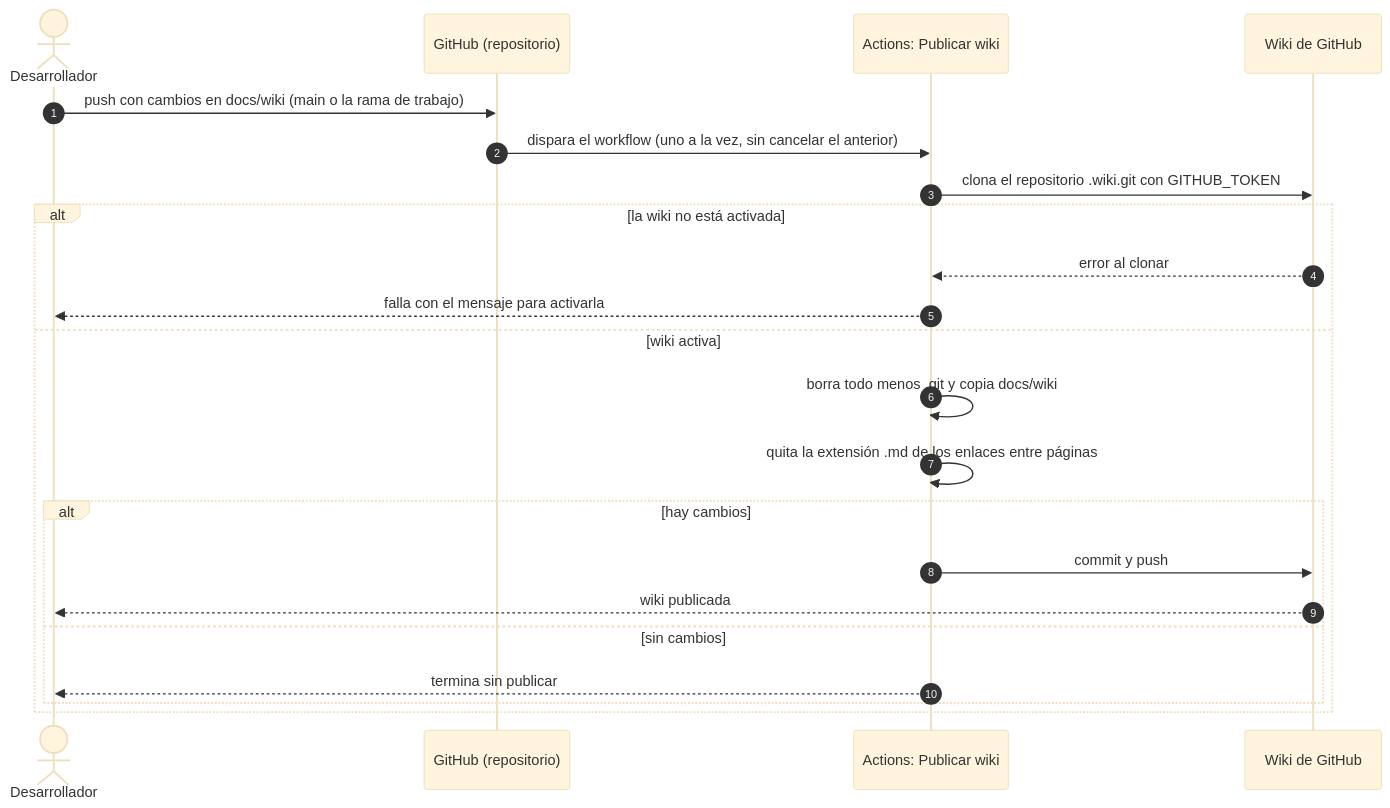
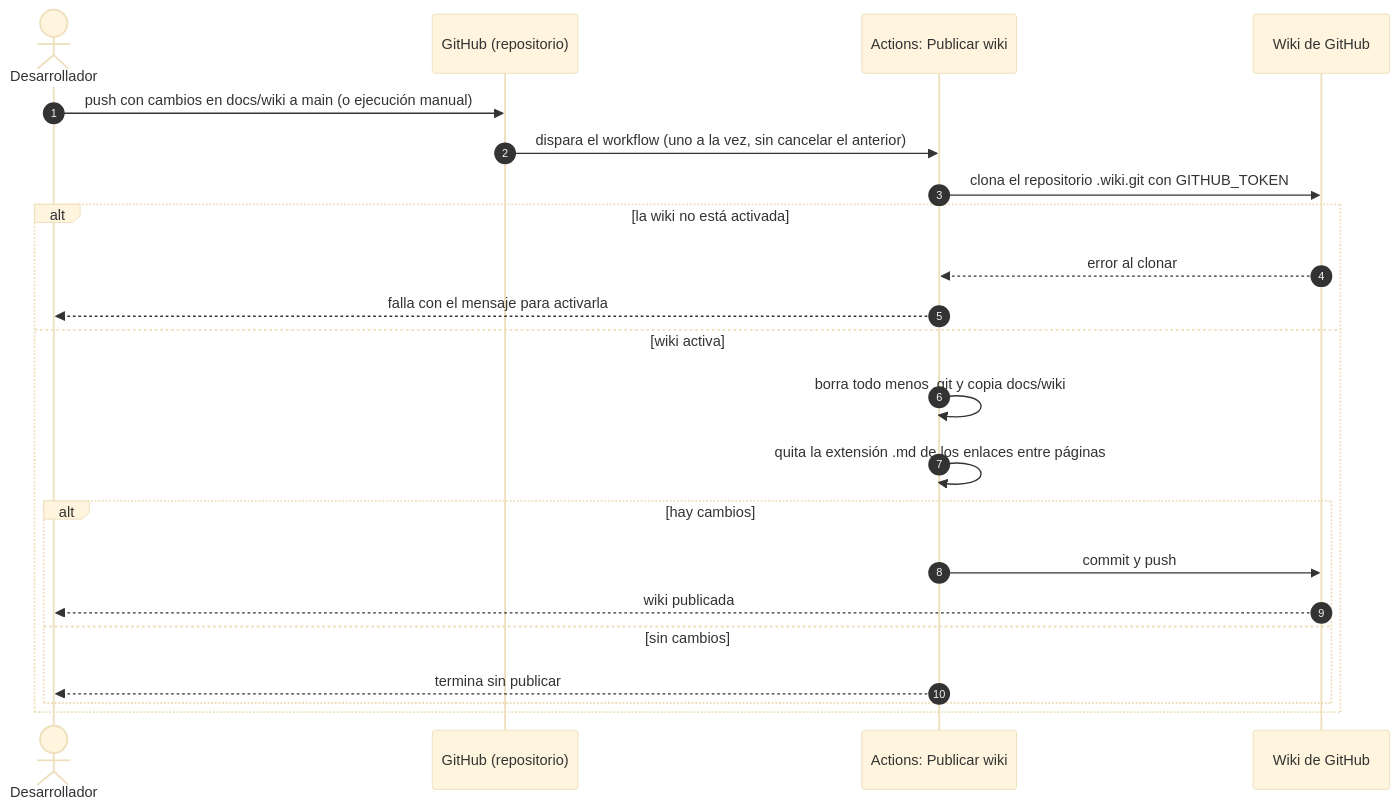
Before and after one commit to ronalc90/koptup: the seventh of 8 diagrams in docs/wiki/Doc-11-Operacion-y-Despliegue.md, drawn with Mermaid (base theme). The commit also changed other lines of this file and 245 other files, not shown here.

````diff
--- a/docs/wiki/Doc-11-Operacion-y-Despliegue.md
+++ b/docs/wiki/Doc-11-Operacion-y-Despliegue.md
@@ -500,25 +555,25 @@
 ```mermaid
 sequenceDiagram
     autonumber
     actor D as Desarrollador
     participant G as GitHub (repositorio)
     participant A as Actions: Publicar wiki
     participant W as Wiki de GitHub
 
-    D->>G: push con cambios en docs/wiki (main o la rama de trabajo)
+    D->>G: push con cambios en docs/wiki a main (o ejecución manual)
     G->>A: dispara el workflow (uno a la vez, sin cancelar el anterior)
     A->>W: clona el repositorio .wiki.git con GITHUB_TOKEN
     alt la wiki no está activada
         W-->>A: error al clonar
         A-->>D: falla con el mensaje para activarla
     else wiki activa
         A->>A: borra todo menos .git y copia docs/wiki
         A->>A: quita la extensión .md de los enlaces entre páginas
         alt hay cambios
             A->>W: commit y push
             W-->>D: wiki publicada
         else sin cambios
             A-->>D: termina sin publicar
         end
     end
 ```
````
